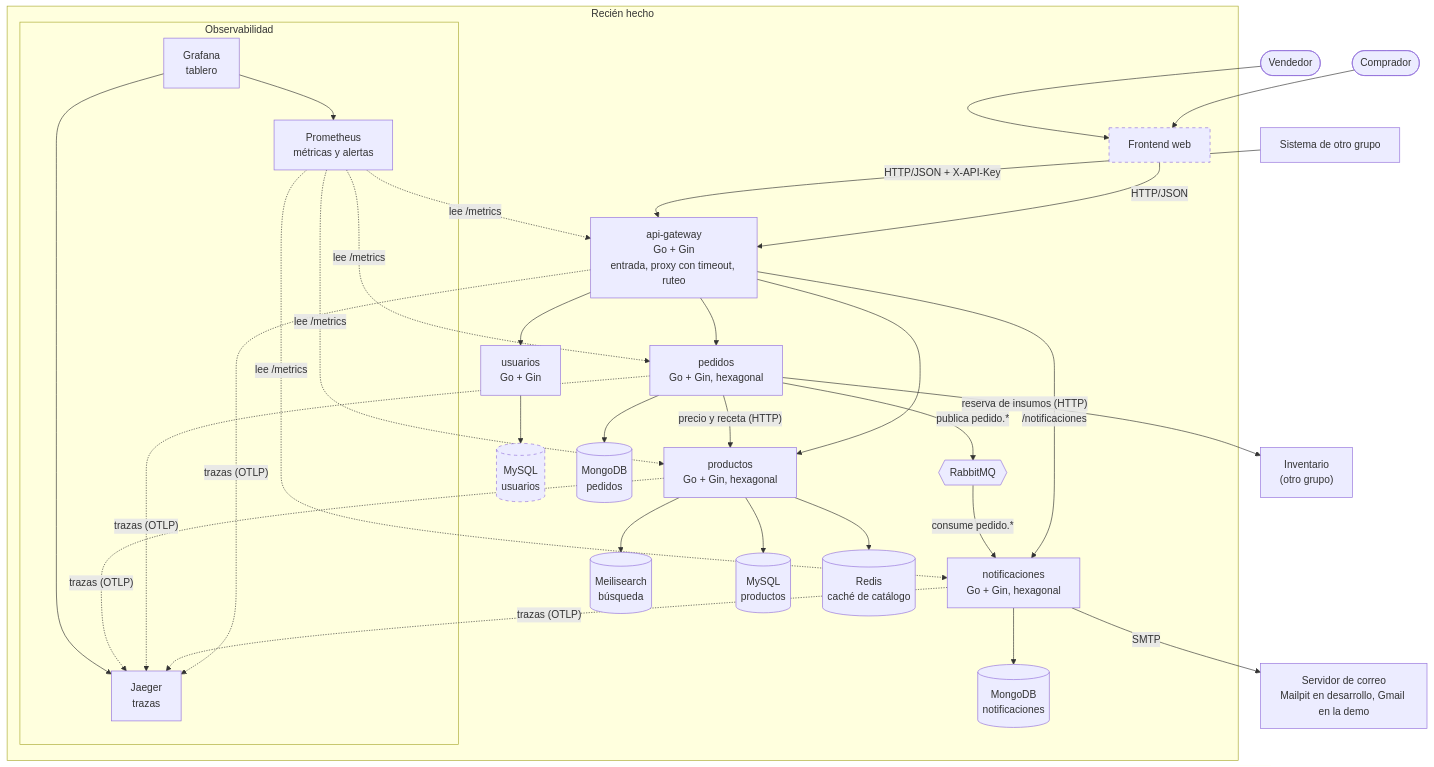
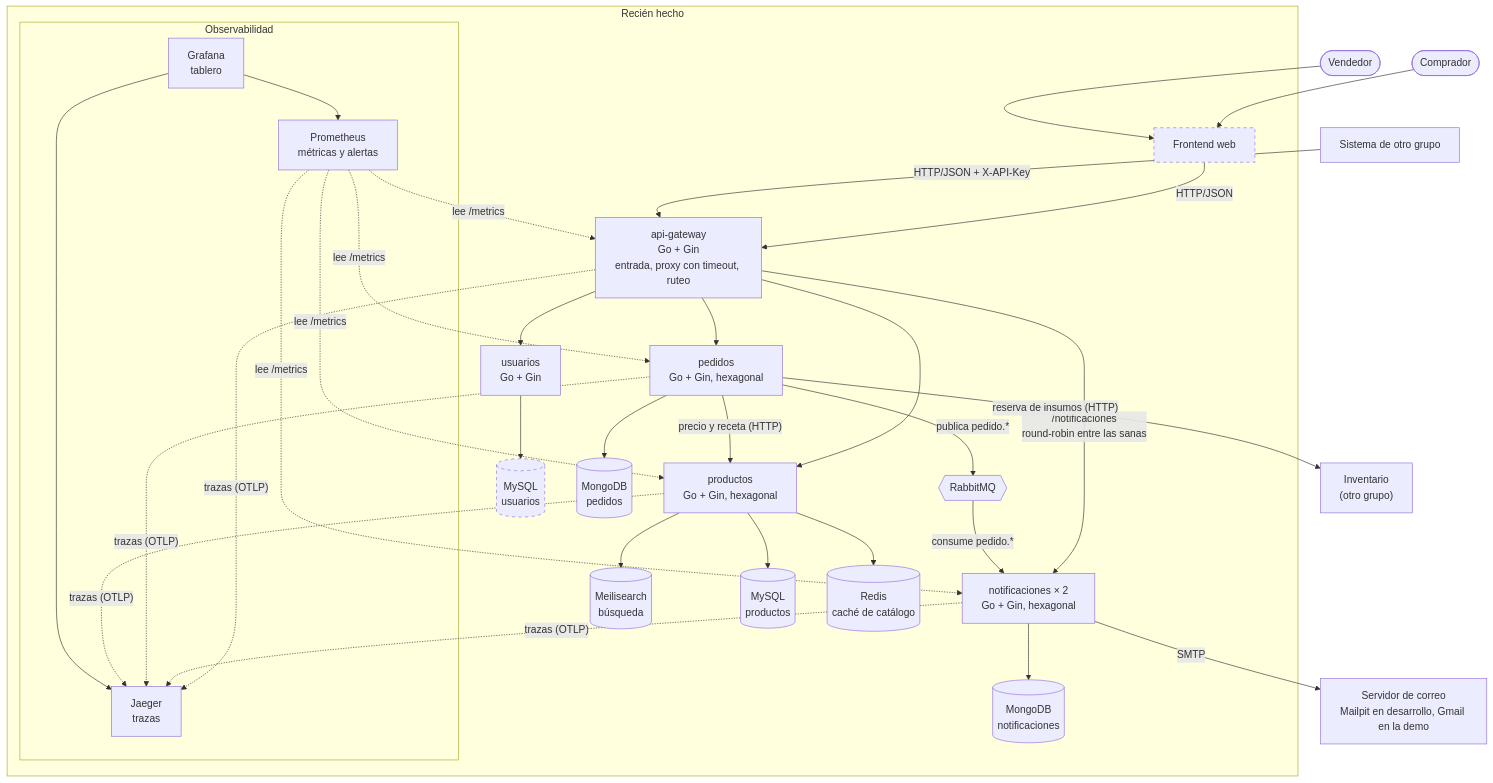
One commit to mariavlindonc/recienhechoapp changed the second of 3 diagrams in docs/ARCHITECTURE.md. Above: the diagram before and after it, drawn with Mermaid. The commit also changed other lines of this file and 9 other files, not shown here.

First line of the commit message:
feat(api-gateway): saca del balanceo las instancias caídas

````diff
--- a/docs/ARCHITECTURE.md
+++ b/docs/ARCHITECTURE.md
@@ -34,64 +34,64 @@
 ```mermaid
 flowchart TB
     comprador(["Comprador"])
     vendedor(["Vendedor"])
     consumidor["Sistema de otro grupo"]
 
     subgraph rh["Recién hecho"]
         frontend["Frontend web"]
         gateway["api-gateway<br/>Go + Gin<br/>entrada, proxy con timeout, ruteo"]
         usuarios["usuarios<br/>Go + Gin"]
         productos["productos<br/>Go + Gin, hexagonal"]
         pedidos["pedidos<br/>Go + Gin, hexagonal"]
-        notificaciones["notificaciones<br/>Go + Gin, hexagonal"]
+        notificaciones["notificaciones × 2<br/>Go + Gin, hexagonal"]
         busqueda[("Meilisearch<br/>búsqueda")]
         myU[("MySQL<br/>usuarios")]
         myP[("MySQL<br/>productos")]
         redis[("Redis<br/>caché de catálogo")]
         mongoPed[("MongoDB<br/>pedidos")]
         mongoNot[("MongoDB<br/>notificaciones")]
         rabbit{{"RabbitMQ"}}
 
         subgraph obs["Observabilidad"]
             jaeger["Jaeger<br/>trazas"]
             prometheus["Prometheus<br/>métricas y alertas"]
             grafana["Grafana<br/>tablero"]
         end
     end
 
     inventario["Inventario<br/>(otro grupo)"]
     correo["Servidor de correo<br/>Mailpit en desarrollo, Gmail en la demo"]
 
     comprador --> frontend
     vendedor --> frontend
     frontend -- "HTTP/JSON" --> gateway
     consumidor -- "HTTP/JSON + X-API-Key" --> gateway
     gateway --> usuarios
     gateway --> productos
     gateway --> pedidos
-    gateway -- "/notificaciones" --> notificaciones
+    gateway -- "/notificaciones<br/>round-robin entre las sanas" --> notificaciones
     usuarios --> myU
     productos --> myP
     productos --> redis
     productos --> busqueda
     pedidos --> mongoPed
     pedidos -- "precio y receta (HTTP)" --> productos
     pedidos -- "reserva de insumos (HTTP)" --> inventario
     pedidos -- "publica pedido.*" --> rabbit
     rabbit -- "consume pedido.*" --> notificaciones
     notificaciones --> mongoNot
     notificaciones -- "SMTP" --> correo
     gateway -. "trazas (OTLP)" .-> jaeger
     notificaciones -. "trazas (OTLP)" .-> jaeger
     pedidos -. "trazas (OTLP)" .-> jaeger
     productos -. "trazas (OTLP)" .-> jaeger
     prometheus -. "lee /metrics" .-> gateway
     prometheus -. "lee /metrics" .-> notificaciones
     prometheus -. "lee /metrics" .-> pedidos
     prometheus -. "lee /metrics" .-> productos
     grafana --> prometheus
     grafana --> jaeger
 
     classDef propuesto stroke-dasharray: 5 5
     class frontend,myU propuesto
 ```
````
